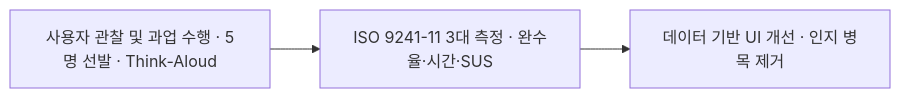
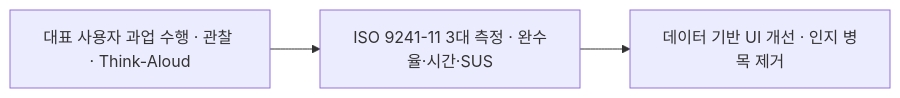
The first of 3 diagrams in src/content/docs/notes/itpe/02-software-engineering/086_usability_testing.md (agnusdei1207/study), drawn with Mermaid before and after one commit. The commit also changed other lines of this file and 31 other files, not shown here.

Commit message:
docs(itpe): correct software engineering architecture and test notes

````diff
--- a/src/content/docs/notes/itpe/02-software-engineering/086_usability_testing.md
+++ b/src/content/docs/notes/itpe/02-software-engineering/086_usability_testing.md
@@ -64,5 +69,5 @@
 ```mermaid
 flowchart LR
-    A["사용자 관찰 및 과업 수행 · 5명 선발 · Think-Aloud"] --> B["ISO 9241-11 3대 측정 · 완수율·시간·SUS"]
+    A["대표 사용자 과업 수행 · 관찰 · Think-Aloud"] --> B["ISO 9241-11 3대 측정 · 완수율·시간·SUS"]
     B --> C["데이터 기반 UI 개선 · 인지 병목 제거"]
 ```
````
